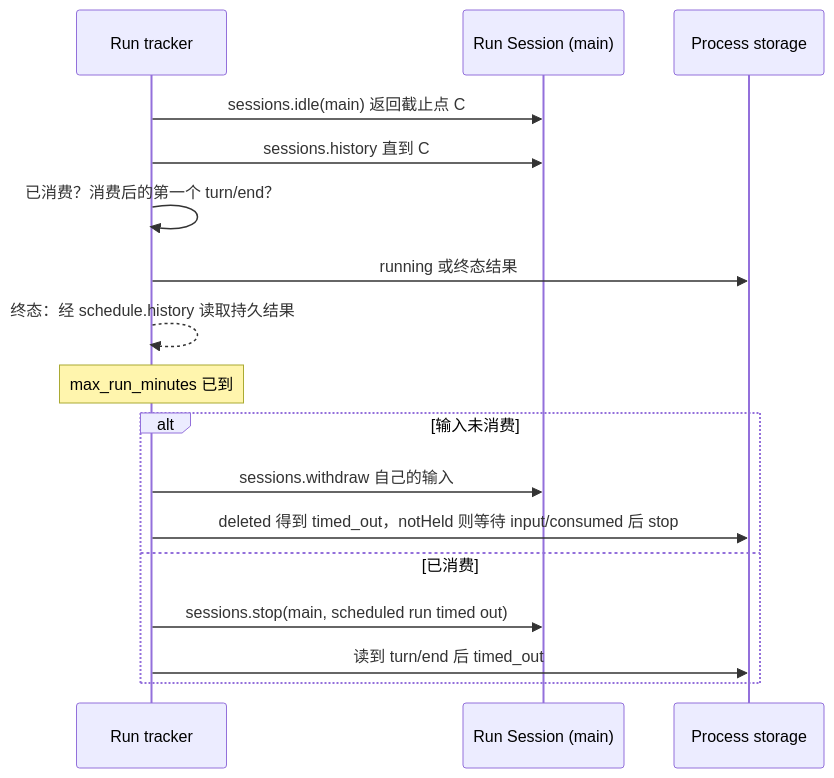
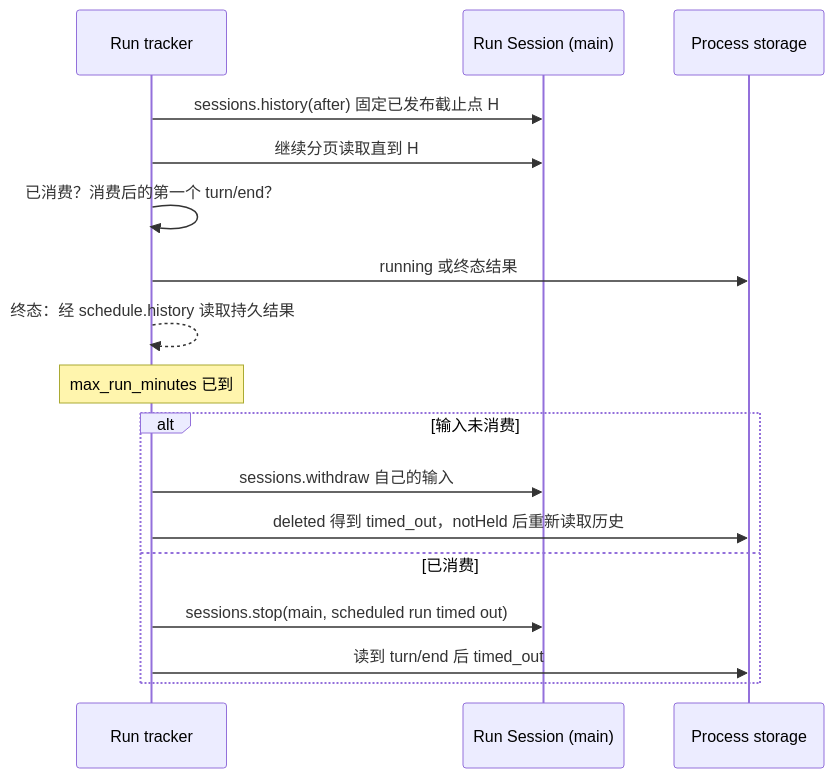
The fourth of 6 diagrams in docs/zh/design/plugins/Scheduler.md (CoutinhoTTS/dim-agent), drawn with Mermaid before and after one commit. The commit also changed other lines of this file and 3 other files, not shown here.

````diff
--- a/docs/zh/design/plugins/Scheduler.md
+++ b/docs/zh/design/plugins/Scheduler.md
@@ -129,19 +129,19 @@
 ```mermaid
 sequenceDiagram
   participant R as Run tracker
   participant S as Run Session (main)
   participant ST as Process storage
-  R->>S: sessions.idle(main) 返回截止点 C
-  R->>S: sessions.history 直到 C
+  R->>S: sessions.history(after) 固定已发布截止点 H
+  R->>S: 继续分页读取直到 H
   R->>R: 已消费？消费后的第一个 turn/end？
   R->>ST: running 或终态结果
   R-->>R: 终态：经 schedule.history 读取持久结果
   Note over R: max_run_minutes 已到
   alt 输入未消费
     R->>S: sessions.withdraw 自己的输入
-    R->>ST: deleted 得到 timed_out，notHeld 则等待 input/consumed 后 stop
+    R->>ST: deleted 得到 timed_out，notHeld 后重新读取历史
   else 已消费
     R->>S: sessions.stop(main, scheduled run timed out)
     R->>ST: 读到 turn/end 后 timed_out
   end
 ```
````
